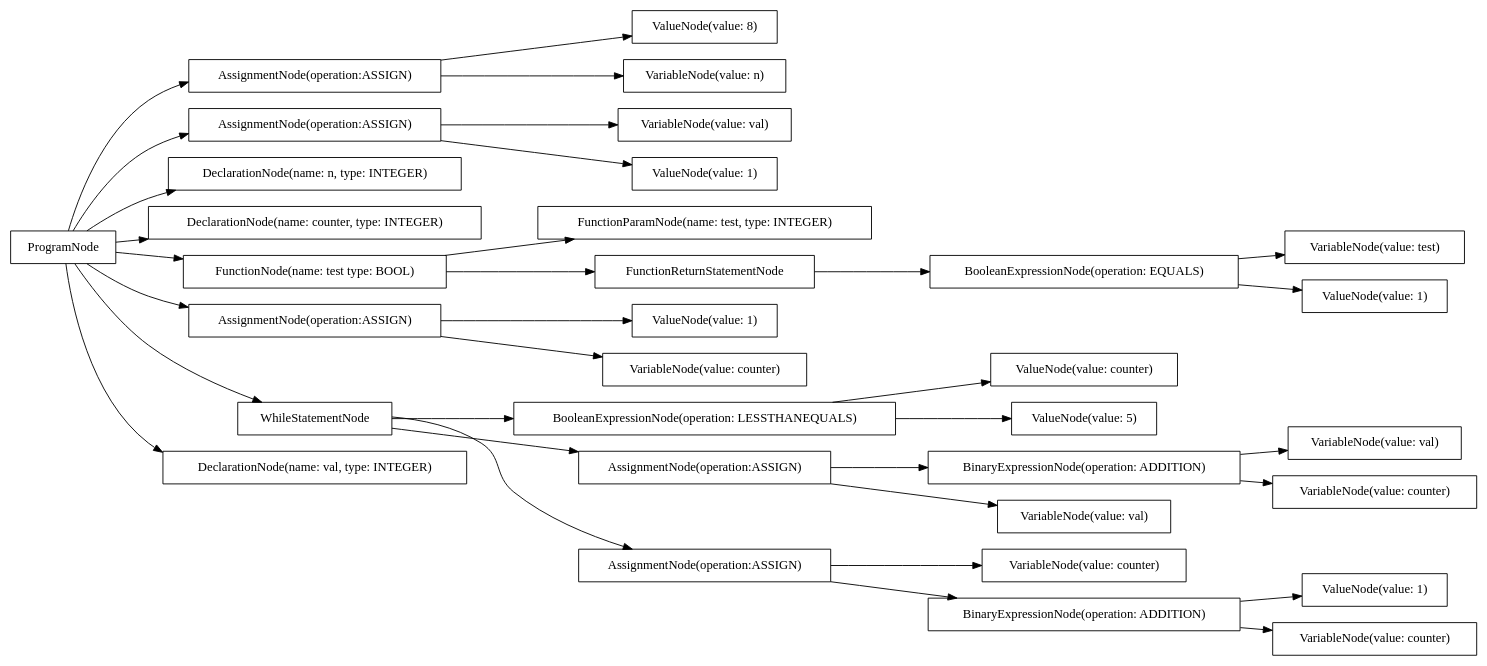
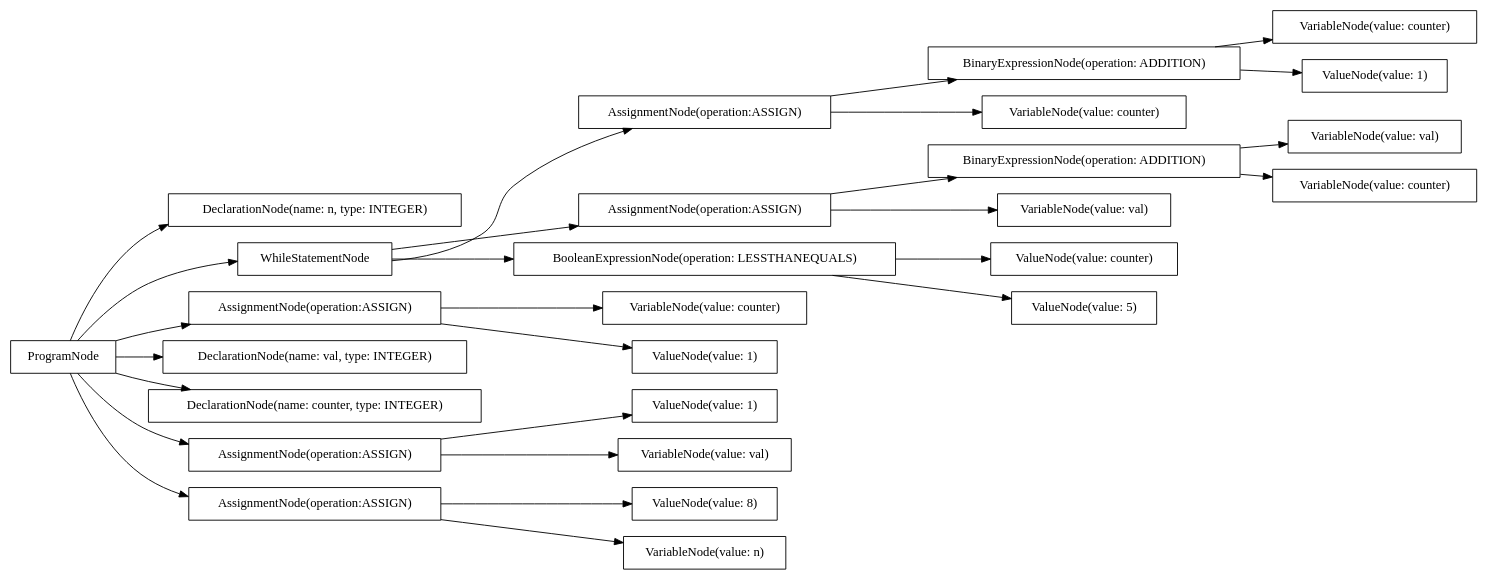
One commit to AtLeastITry/ANTLR-Python-Compiler changed the diagram in src/output/dot/factorial.dot. Above: the diagram before and after it, drawn with Graphviz. The commit also changed 13 other files, not shown here.

```diff
--- a/src/output/dot/factorial.dot
+++ b/src/output/dot/factorial.dot
@@ -1,68 +1,56 @@
 digraph G {
 rankdir=LR
-"895e8d0a-75bc-4f59-8b4d-730c5da47fd4" [label="VariableNode(value: val)" shape="box"];
-"ddd76550-364a-4107-9b7c-53a1d186e792" [label="BooleanExpressionNode(operation: LESSTHANEQUALS)" shape="box"];
-"02c37da6-9138-4fec-ab9e-a8360ade5984" [label="ValueNode(value: counter)" shape="box"];
-"40a60c81-2386-4ff8-8bd9-c182253e5ef8" [label="AssignmentNode(operation:ASSIGN)" shape="box"];
-"72986290-37c7-4ad8-8b58-a038ce772f88" [label="ValueNode(value: 1)" shape="box"];
-"3b95b7cd-4158-4329-97cd-7899fdca363c" [label="VariableNode(value: counter)" shape="box"];
-"50393e98-91e6-41dd-b94d-5e0ab2de654e" [label="VariableNode(value: val)" shape="box"];
-"8e39b13d-2332-449e-8607-422cfc7a15a8" [label="AssignmentNode(operation:ASSIGN)" shape="box"];
-"5c295f1c-1e88-4907-8fbe-e7ffb0576ab0" [label="VariableNode(value: counter)" shape="box"];
-"6596df17-ed24-4d33-86de-b7945e587e19" [label="FunctionParamNode(name: test, type: INTEGER)" shape="box"];
-"a754fb33-beb8-4469-8666-4be0be5429fa" [label="ValueNode(value: 8)" shape="box"];
-"50ff74c1-f9d5-49ac-a63a-7303b5fb281b" [label="ValueNode(value: 1)" shape="box"];
-"584f741a-e686-471b-8f55-e9a605f62913" [label="BinaryExpressionNode(operation: ADDITION)" shape="box"];
-"ede0e006-41f2-49f1-a417-7681af4f0c23" [label="AssignmentNode(operation:ASSIGN)" shape="box"];
-"512fb7c6-f181-47fe-ba14-24b15b106801" [label="VariableNode(value: test)" shape="box"];
-"e28e69ca-bf66-46eb-a5a5-201310bdbca6" [label="VariableNode(value: val)" shape="box"];
-"9c43fc4c-3f49-4e5e-8ffc-1daef9262f0a" [label="DeclarationNode(name: n, type: INTEGER)" shape="box"];
-"9d58d632-ffaa-497a-bb15-91aa4da46806" [label="DeclarationNode(name: counter, type: INTEGER)" shape="box"];
-"15a0f9f7-e412-44af-a03c-7bd004bc1413" [label="ValueNode(value: 1)" shape="box"];
-"943fb79e-203d-4d91-9216-ee27a245e652" [label="FunctionNode(name: test type: BOOL)" shape="box"];
-"03e479df-0152-4a92-b97c-98b4d998a480" [label="FunctionReturnStatementNode" shape="box"];
-"4c2cbb3d-7243-4ad0-9f07-e46e5683e384" [label="ProgramNode" shape="box"];
-"30fd5e52-51c1-4126-8f8a-33c3c67d8951" [label="ValueNode(value: 1)" shape="box"];
-"baf1249e-cf37-45ed-97b7-0e22ef0f4b40" [label="BinaryExpressionNode(operation: ADDITION)" shape="box"];
-"6e589e55-abb0-4184-8836-3c1555f00d5b" [label="AssignmentNode(operation:ASSIGN)" shape="box"];
-"1672ec60-b8fa-4198-826a-8d62a7782ab2" [label="VariableNode(value: counter)" shape="box"];
-"bc2bce9a-b6f0-4dff-ba85-5df2680af037" [label="VariableNode(value: counter)" shape="box"];
-"69478b74-19db-4f5c-bd10-a8ac5f413e7f" [label="VariableNode(value: n)" shape="box"];
-"4044bf5f-252c-4588-acba-0a7e947f8332" [label="WhileStatementNode" shape="box"];
-"afb91d27-5915-4057-b9fb-3f14a63f24f5" [label="AssignmentNode(operation:ASSIGN)" shape="box"];
-"a02a48dc-cb08-4b24-b2fc-d30cb792db44" [label="DeclarationNode(name: val, type: INTEGER)" shape="box"];
-"57d505e8-50cb-4b89-acfc-27d1a79a3cb4" [label="ValueNode(value: 5)" shape="box"];
-"2fd490b5-9c55-4107-ac08-b0a14e02f4a6" [label="BooleanExpressionNode(operation: EQUALS)" shape="box"];
-"4c2cbb3d-7243-4ad0-9f07-e46e5683e384" -> "9c43fc4c-3f49-4e5e-8ffc-1daef9262f0a";
-"4c2cbb3d-7243-4ad0-9f07-e46e5683e384" -> "a02a48dc-cb08-4b24-b2fc-d30cb792db44";
-"4c2cbb3d-7243-4ad0-9f07-e46e5683e384" -> "9d58d632-ffaa-497a-bb15-91aa4da46806";
-"4c2cbb3d-7243-4ad0-9f07-e46e5683e384" -> "943fb79e-203d-4d91-9216-ee27a245e652";
-"943fb79e-203d-4d91-9216-ee27a245e652" -> "6596df17-ed24-4d33-86de-b7945e587e19";
-"943fb79e-203d-4d91-9216-ee27a245e652" -> "03e479df-0152-4a92-b97c-98b4d998a480";
-"03e479df-0152-4a92-b97c-98b4d998a480" -> "2fd490b5-9c55-4107-ac08-b0a14e02f4a6";
-"2fd490b5-9c55-4107-ac08-b0a14e02f4a6" -> "512fb7c6-f181-47fe-ba14-24b15b106801";
-"2fd490b5-9c55-4107-ac08-b0a14e02f4a6" -> "30fd5e52-51c1-4126-8f8a-33c3c67d8951";
-"4c2cbb3d-7243-4ad0-9f07-e46e5683e384" -> "8e39b13d-2332-449e-8607-422cfc7a15a8";
-"8e39b13d-2332-449e-8607-422cfc7a15a8" -> "69478b74-19db-4f5c-bd10-a8ac5f413e7f";
-"8e39b13d-2332-449e-8607-422cfc7a15a8" -> "a754fb33-beb8-4469-8666-4be0be5429fa";
-"4c2cbb3d-7243-4ad0-9f07-e46e5683e384" -> "ede0e006-41f2-49f1-a417-7681af4f0c23";
-"ede0e006-41f2-49f1-a417-7681af4f0c23" -> "50393e98-91e6-41dd-b94d-5e0ab2de654e";
-"ede0e006-41f2-49f1-a417-7681af4f0c23" -> "50ff74c1-f9d5-49ac-a63a-7303b5fb281b";
-"4c2cbb3d-7243-4ad0-9f07-e46e5683e384" -> "6e589e55-abb0-4184-8836-3c1555f00d5b";
-"6e589e55-abb0-4184-8836-3c1555f00d5b" -> "1672ec60-b8fa-4198-826a-8d62a7782ab2";
-"6e589e55-abb0-4184-8836-3c1555f00d5b" -> "72986290-37c7-4ad8-8b58-a038ce772f88";
-"4c2cbb3d-7243-4ad0-9f07-e46e5683e384" -> "4044bf5f-252c-4588-acba-0a7e947f8332";
-"4044bf5f-252c-4588-acba-0a7e947f8332" -> "ddd76550-364a-4107-9b7c-53a1d186e792";
-"ddd76550-364a-4107-9b7c-53a1d186e792" -> "02c37da6-9138-4fec-ab9e-a8360ade5984";
-"ddd76550-364a-4107-9b7c-53a1d186e792" -> "57d505e8-50cb-4b89-acfc-27d1a79a3cb4";
-"4044bf5f-252c-4588-acba-0a7e947f8332" -> "40a60c81-2386-4ff8-8bd9-c182253e5ef8";
-"40a60c81-2386-4ff8-8bd9-c182253e5ef8" -> "e28e69ca-bf66-46eb-a5a5-201310bdbca6";
-"40a60c81-2386-4ff8-8bd9-c182253e5ef8" -> "584f741a-e686-471b-8f55-e9a605f62913";
-"584f741a-e686-471b-8f55-e9a605f62913" -> "895e8d0a-75bc-4f59-8b4d-730c5da47fd4";
-"584f741a-e686-471b-8f55-e9a605f62913" -> "5c295f1c-1e88-4907-8fbe-e7ffb0576ab0";
-"4044bf5f-252c-4588-acba-0a7e947f8332" -> "afb91d27-5915-4057-b9fb-3f14a63f24f5";
-"afb91d27-5915-4057-b9fb-3f14a63f24f5" -> "3b95b7cd-4158-4329-97cd-7899fdca363c";
-"afb91d27-5915-4057-b9fb-3f14a63f24f5" -> "baf1249e-cf37-45ed-97b7-0e22ef0f4b40";
-"baf1249e-cf37-45ed-97b7-0e22ef0f4b40" -> "bc2bce9a-b6f0-4dff-ba85-5df2680af037";
-"baf1249e-cf37-45ed-97b7-0e22ef0f4b40" -> "15a0f9f7-e412-44af-a03c-7bd004bc1413";
+"e295169e-8f21-4cae-9c8f-1da25db67e9c" [label="ProgramNode" shape="box"];
+"7196cefe-f768-4a7e-aade-58d1320dff7f" [label="ValueNode(value: counter)" shape="box"];
+"c1ceed44-54b7-40e4-b26e-4e6dcb265070" [label="ValueNode(value: 1)" shape="box"];
+"d106d443-c94f-4ca9-b2fd-115cf1289b64" [label="AssignmentNode(operation:ASSIGN)" shape="box"];
+"a5a79a7a-2073-4c64-926c-c6011f41baf6" [label="VariableNode(value: counter)" shape="box"];
+"f0a1bcbc-40a8-4a6e-8bc9-b437f552aee5" [label="VariableNode(value: val)" shape="box"];
+"989cbe37-e942-4a25-b0c9-36cd0b634f78" [label="DeclarationNode(name: n, type: INTEGER)" shape="box"];
+"5124aed2-47fe-484e-92ad-b717d41bdef0" [label="BinaryExpressionNode(operation: ADDITION)" shape="box"];
+"9817173e-f087-487b-bd83-3e005961956b" [label="ValueNode(value: 8)" shape="box"];
+"fe9f4b9d-259a-4439-a4f9-ffa3d5ab214c" [label="WhileStatementNode" shape="box"];
+"8d33e27c-7493-4922-99e1-aeff51ca44f6" [label="BinaryExpressionNode(operation: ADDITION)" shape="box"];
+"889a0d46-9c0a-45d0-b188-9792a9074d86" [label="VariableNode(value: counter)" shape="box"];
+"2d5a8bf6-3d74-4bea-9595-7e83a726859c" [label="ValueNode(value: 5)" shape="box"];
+"22354970-c9e3-4f28-b09d-32d2fd0edbd0" [label="AssignmentNode(operation:ASSIGN)" shape="box"];
+"57ba57c9-7331-4360-b88d-307bf16b3e98" [label="AssignmentNode(operation:ASSIGN)" shape="box"];
+"16e20852-6f52-4c86-a83d-bec43d1f49a5" [label="VariableNode(value: counter)" shape="box"];
+"c2a43c99-36a6-4b96-811f-8b51716e3b04" [label="BooleanExpressionNode(operation: LESSTHANEQUALS)" shape="box"];
+"156e8229-beb1-455d-9cbe-4ff6528d9304" [label="DeclarationNode(name: val, type: INTEGER)" shape="box"];
+"54f4380f-c163-4b5d-b4b9-49bb458b10a2" [label="VariableNode(value: counter)" shape="box"];
+"23e682a7-a474-417f-98da-88b8619638cb" [label="DeclarationNode(name: counter, type: INTEGER)" shape="box"];
+"daa7910f-b87c-452d-b0cd-30746914bfa3" [label="VariableNode(value: val)" shape="box"];
+"ff06f0b3-112a-4da3-a592-434653bb6029" [label="AssignmentNode(operation:ASSIGN)" shape="box"];
+"d9ac3926-e17b-4808-9a9a-6b2c8bc7acb4" [label="VariableNode(value: n)" shape="box"];
+"45ffa1e9-500e-4a5f-9991-9164e09ab294" [label="VariableNode(value: val)" shape="box"];
+"90373ecb-c37f-4651-9c32-ceda0ca69ae0" [label="ValueNode(value: 1)" shape="box"];
+"632959f0-5861-4d5e-8e4e-f424b0d293e0" [label="AssignmentNode(operation:ASSIGN)" shape="box"];
+"9d339842-6970-4968-b975-d2bfd9ed8b70" [label="ValueNode(value: 1)" shape="box"];
+"e295169e-8f21-4cae-9c8f-1da25db67e9c" -> "989cbe37-e942-4a25-b0c9-36cd0b634f78";
+"e295169e-8f21-4cae-9c8f-1da25db67e9c" -> "156e8229-beb1-455d-9cbe-4ff6528d9304";
+"e295169e-8f21-4cae-9c8f-1da25db67e9c" -> "23e682a7-a474-417f-98da-88b8619638cb";
+"e295169e-8f21-4cae-9c8f-1da25db67e9c" -> "632959f0-5861-4d5e-8e4e-f424b0d293e0";
+"632959f0-5861-4d5e-8e4e-f424b0d293e0" -> "d9ac3926-e17b-4808-9a9a-6b2c8bc7acb4";
+"632959f0-5861-4d5e-8e4e-f424b0d293e0" -> "9817173e-f087-487b-bd83-3e005961956b";
+"e295169e-8f21-4cae-9c8f-1da25db67e9c" -> "ff06f0b3-112a-4da3-a592-434653bb6029";
+"ff06f0b3-112a-4da3-a592-434653bb6029" -> "45ffa1e9-500e-4a5f-9991-9164e09ab294";
+"ff06f0b3-112a-4da3-a592-434653bb6029" -> "c1ceed44-54b7-40e4-b26e-4e6dcb265070";
+"e295169e-8f21-4cae-9c8f-1da25db67e9c" -> "22354970-c9e3-4f28-b09d-32d2fd0edbd0";
+"22354970-c9e3-4f28-b09d-32d2fd0edbd0" -> "54f4380f-c163-4b5d-b4b9-49bb458b10a2";
+"22354970-c9e3-4f28-b09d-32d2fd0edbd0" -> "9d339842-6970-4968-b975-d2bfd9ed8b70";
+"e295169e-8f21-4cae-9c8f-1da25db67e9c" -> "fe9f4b9d-259a-4439-a4f9-ffa3d5ab214c";
+"fe9f4b9d-259a-4439-a4f9-ffa3d5ab214c" -> "c2a43c99-36a6-4b96-811f-8b51716e3b04";
+"c2a43c99-36a6-4b96-811f-8b51716e3b04" -> "7196cefe-f768-4a7e-aade-58d1320dff7f";
+"c2a43c99-36a6-4b96-811f-8b51716e3b04" -> "2d5a8bf6-3d74-4bea-9595-7e83a726859c";
+"fe9f4b9d-259a-4439-a4f9-ffa3d5ab214c" -> "57ba57c9-7331-4360-b88d-307bf16b3e98";
+"57ba57c9-7331-4360-b88d-307bf16b3e98" -> "daa7910f-b87c-452d-b0cd-30746914bfa3";
+"57ba57c9-7331-4360-b88d-307bf16b3e98" -> "5124aed2-47fe-484e-92ad-b717d41bdef0";
+"5124aed2-47fe-484e-92ad-b717d41bdef0" -> "f0a1bcbc-40a8-4a6e-8bc9-b437f552aee5";
+"5124aed2-47fe-484e-92ad-b717d41bdef0" -> "16e20852-6f52-4c86-a83d-bec43d1f49a5";
+"fe9f4b9d-259a-4439-a4f9-ffa3d5ab214c" -> "d106d443-c94f-4ca9-b2fd-115cf1289b64";
+"d106d443-c94f-4ca9-b2fd-115cf1289b64" -> "889a0d46-9c0a-45d0-b188-9792a9074d86";
+"d106d443-c94f-4ca9-b2fd-115cf1289b64" -> "8d33e27c-7493-4922-99e1-aeff51ca44f6";
+"8d33e27c-7493-4922-99e1-aeff51ca44f6" -> "a5a79a7a-2073-4c64-926c-c6011f41baf6";
+"8d33e27c-7493-4922-99e1-aeff51ca44f6" -> "90373ecb-c37f-4651-9c32-ceda0ca69ae0";
 }
```
